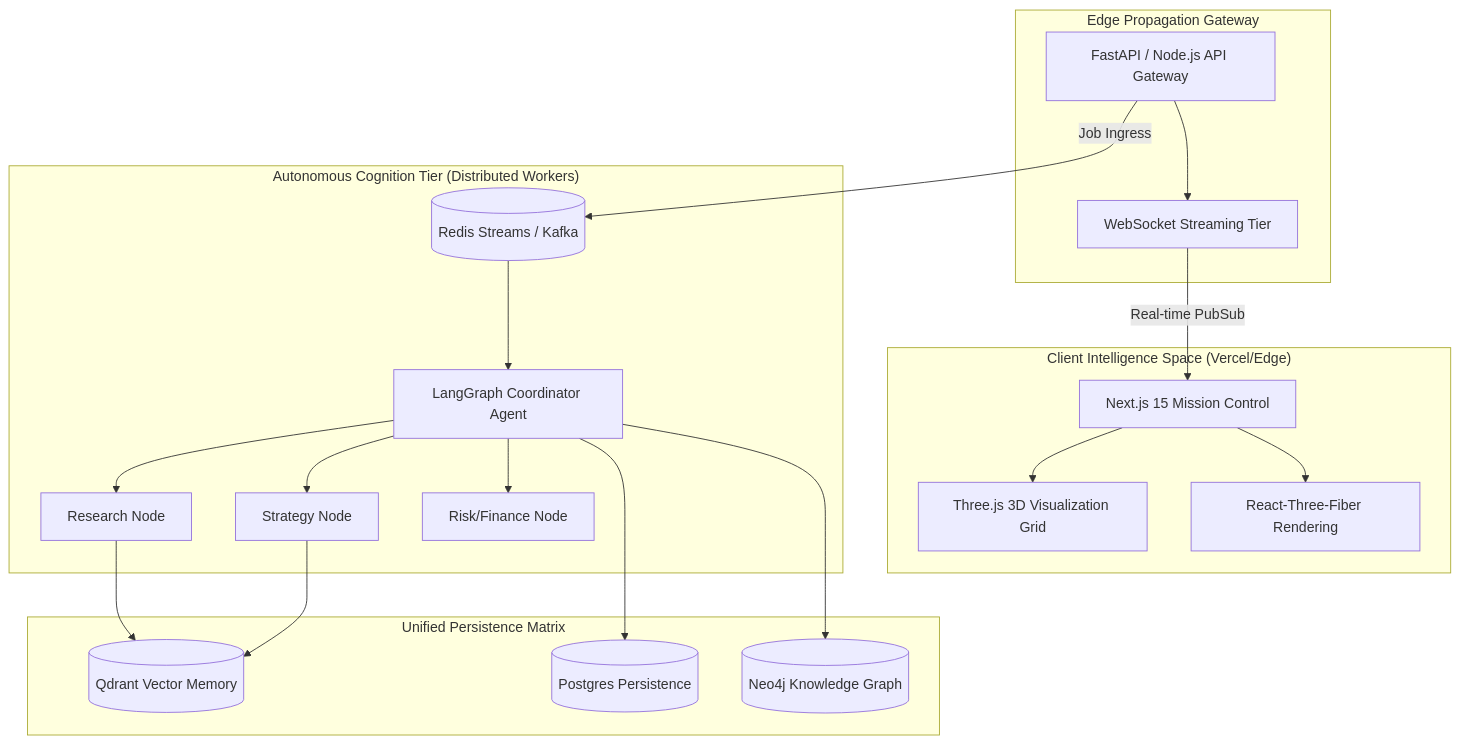
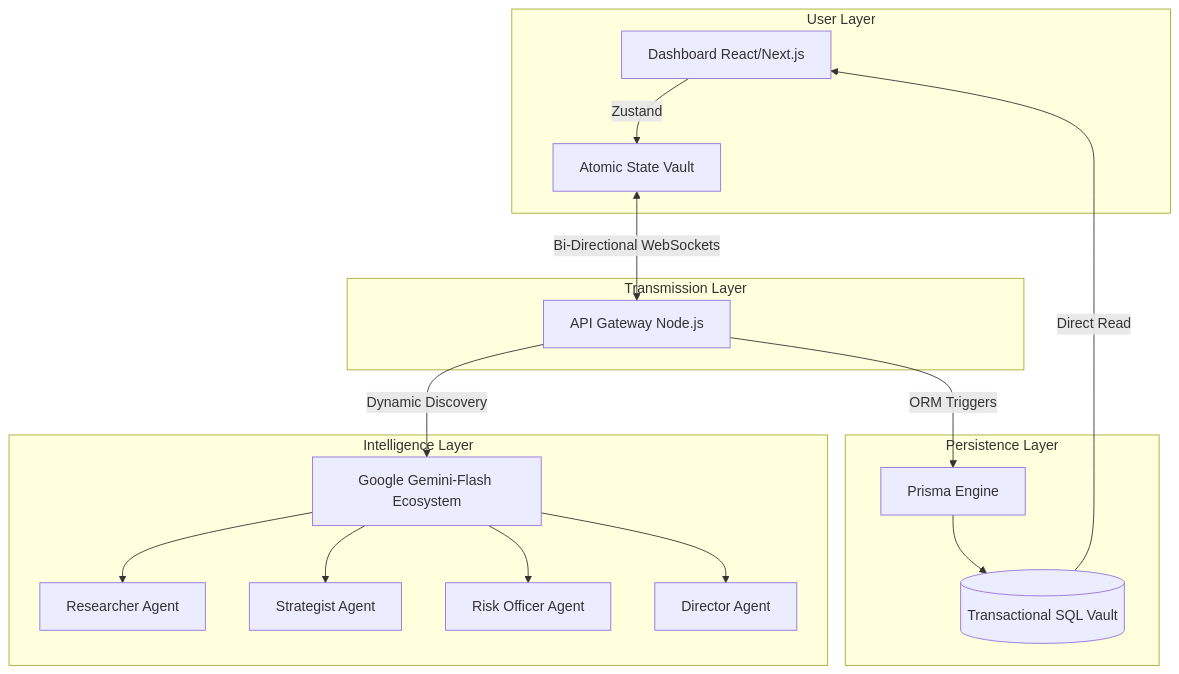
Before and after one commit to jameskhele/AETHER-OS: the diagram in README.md, drawn with Mermaid. The commit also changed other lines of this file and 4 other files, not shown here.

````diff
--- a/README.md
+++ b/README.md
@@ -34,26 +13,24 @@
 ```mermaid
-graph TB
-    subgraph "Client Intelligence Space (Vercel/Edge)"
-        MC[Next.js 15 Mission Control] --> GV[Three.js 3D Visualization Grid]
-        MC --> RB[React-Three-Fiber Rendering]
+graph TD
+    subgraph User Layer
+        UI[Dashboard React/Next.js] -->|Zustand| Store[Atomic State Vault]
     end
     
-    subgraph "Edge Propagation Gateway"
-        AG[FastAPI / Node.js API Gateway] --> WS[WebSocket Streaming Tier]
-        WS --> |Real-time PubSub| MC
+    subgraph Transmission Layer
+        Store <-->|Bi-Directional WebSockets| AGW[API Gateway Node.js]
     end
 
-    subgraph "Autonomous Cognition Tier (Distributed Workers)"
-        AG --> |Job Ingress| RQ[(Redis Streams / Kafka)]
-        RQ --> CA[LangGraph Coordinator Agent]
-        CA --> RA[Research Node]
-        CA --> SA[Strategy Node]
-        CA --> FxA[Risk/Finance Node]
+    subgraph Intelligence Layer
+        AGW -->|Dynamic Discovery| GoogleAI[Google Gemini-Flash Ecosystem]
+        GoogleAI --> R[Researcher Agent]
+        GoogleAI --> S[Strategist Agent]
+        GoogleAI --> RO[Risk Officer Agent]
+        GoogleAI --> D[Director Agent]
     end
 
-    subgraph "Unified Persistence Matrix"
-        RA & SA --> VDB[(Qdrant Vector Memory)]
-        CA --> PDB[(Postgres Persistence)]
-        CA --> NDB[(Neo4j Knowledge Graph)]
+    subgraph Persistence Layer
+        AGW -->|ORM Triggers| Prisma[Prisma Engine]
+        Prisma --> DB[(Transactional SQL Vault)]
+        DB -->|Direct Read| UI
     end
 ```
````
